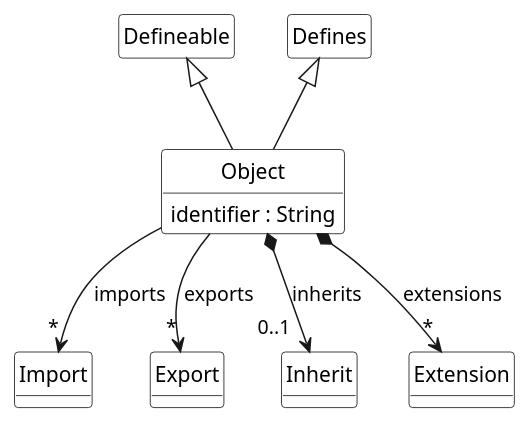
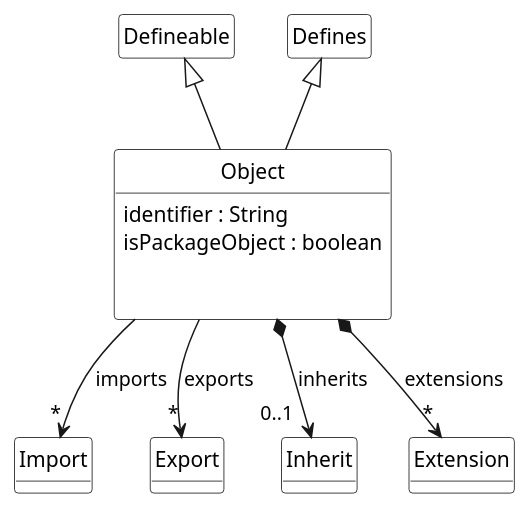
Before and after one commit to tizuck/scala-uml: the diagram in scala-uml-meta/object.meta.puml, drawn with PlantUML. The commit also changed 6 other files, not shown here.

```diff
--- a/scala-uml-meta/object.meta.puml
+++ b/scala-uml-meta/object.meta.puml
@@ -1,24 +1,26 @@
 @startuml
 class Object extends Defineable, Defines {
     identifier : String
+    isPackageObject : boolean 
+    \n
 }
 
 Object --> "*" Import : imports
 Object --> "*" Export : exports
 Object *--> "0..1  " Inherit : "inherits"
 Object *--> "*" Extension : "extensions"
 
 hide class circle
 hide class methods
 hide Defineable members
 hide Defines members 
 
 skinparam class {
     BackgroundColor White
     ArrowColor Black
     BorderColor Black
 }
 
 
 
 @enduml
```
